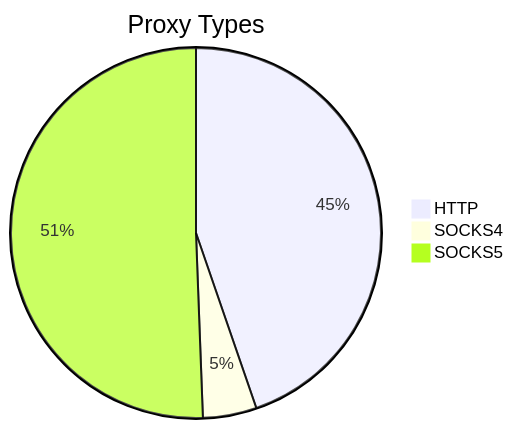
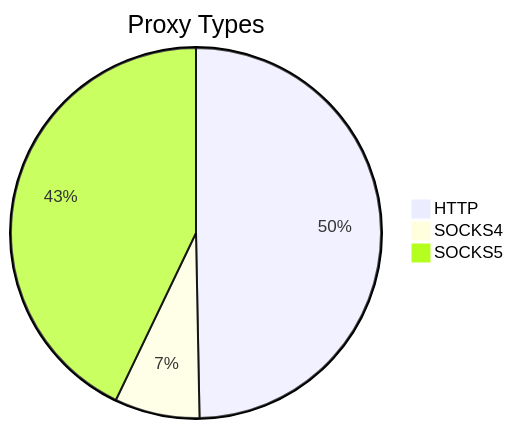
The first of 2 diagrams in README.md (stormsia/proxy-list), drawn with Mermaid before and after one commit. The commit also changed other lines of this file, not shown here.

````diff
--- a/README.md
+++ b/README.md
@@ -21,6 +21,6 @@
 ```mermaid
 pie title Proxy Types
-    "HTTP" : 601
-    "SOCKS4" : 63
-    "SOCKS5" : 680
+    "HTTP" : 897
+    "SOCKS4" : 134
+    "SOCKS5" : 774
 ```
````
